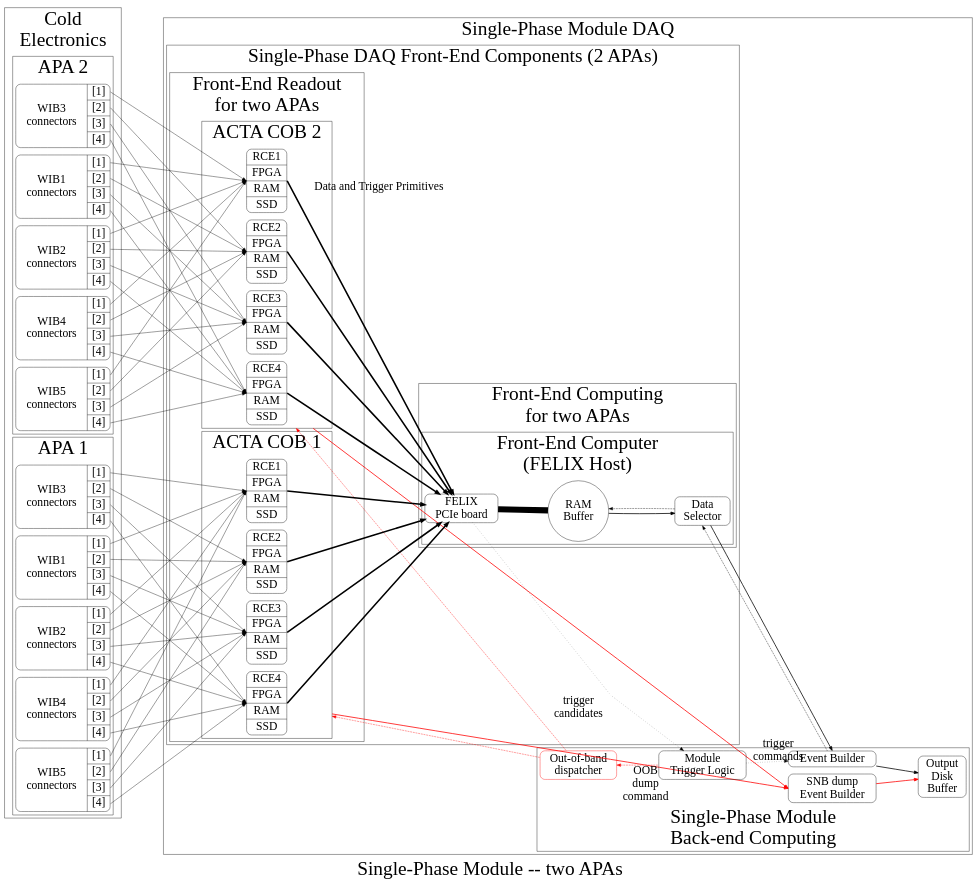
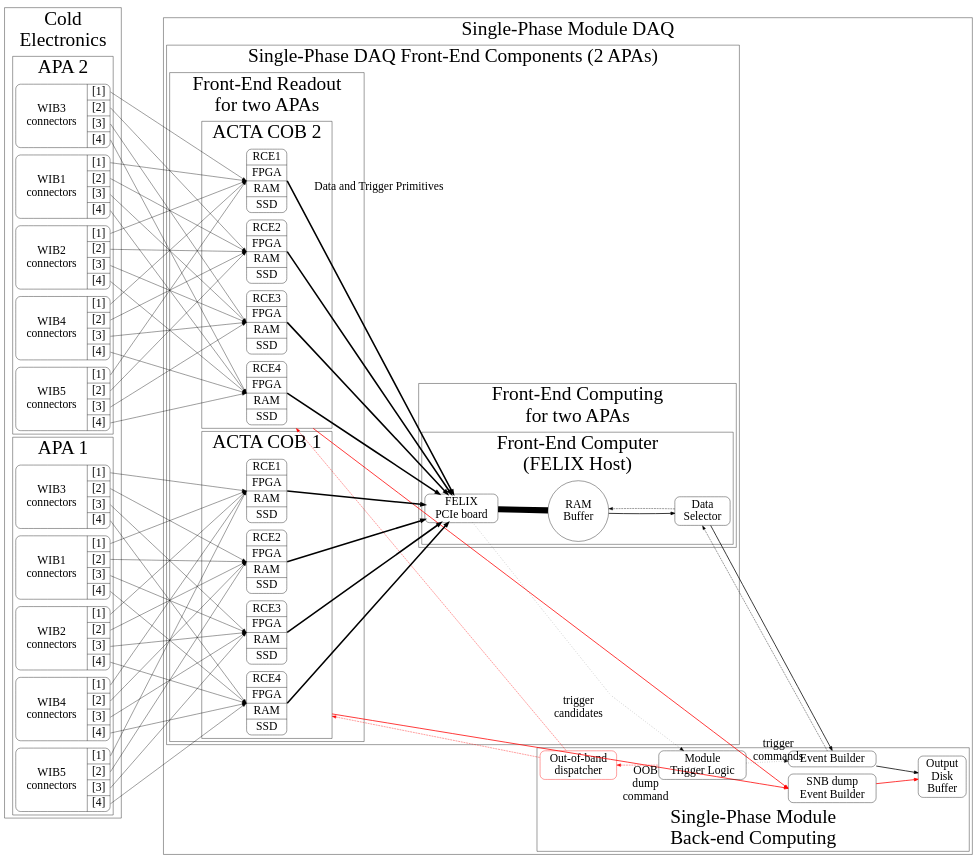
The diagram in far-detector-single-phase/figures/daq-readout-buffering-baseline.dot (DUNE/Technical-Proposal), drawn with Graphviz before and after one commit. The commit also changed 3 other files, not shown here.

Commit message:
Remove graph labels.

```diff
--- a/far-detector-single-phase/figures/daq-readout-buffering-baseline.dot
+++ b/far-detector-single-phase/figures/daq-readout-buffering-baseline.dot
@@ -1,169 +1,169 @@
 digraph top {
         graph[compound=true,ordering=out,splines=false,layout=dot,rankdir=LR,fontsize=50,ranksep=1.5];
         node[shape=box,style="rounded",fontsize=30];
         edge[fontsize=30];
         
-        label="Single-Phase Module -- two APAs";
+//        label="Single-Phase Module -- two APAs";
         
         subgraph cluster_wibs {
                 label="Cold\nElectronics";
                 subgraph cluster_apa2 {
                         label="APA 2";
                         node[shape=record];
                         wib21[label="{WIB1\nconnectors|{<c1>[1]|<c2>[2]|<c3>[3]|<c4>[4]}}"];
                         wib22[label="{WIB2\nconnectors|{<c1>[1]|<c2>[2]|<c3>[3]|<c4>[4]}}"];
                         wib23[label="{WIB3\nconnectors|{<c1>[1]|<c2>[2]|<c3>[3]|<c4>[4]}}"];
                         wib24[label="{WIB4\nconnectors|{<c1>[1]|<c2>[2]|<c3>[3]|<c4>[4]}}"];
                         wib25[label="{WIB5\nconnectors|{<c1>[1]|<c2>[2]|<c3>[3]|<c4>[4]}}"];
                 }
                 subgraph cluster_apa1 {
                         label="APA 1";
                         node[shape=record];
                         wib11[label="{WIB1\nconnectors|{<c1>[1]|<c2>[2]|<c3>[3]|<c4>[4]}}"];
                         wib12[label="{WIB2\nconnectors|{<c1>[1]|<c2>[2]|<c3>[3]|<c4>[4]}}"];
                         wib13[label="{WIB3\nconnectors|{<c1>[1]|<c2>[2]|<c3>[3]|<c4>[4]}}"];
                         wib14[label="{WIB4\nconnectors|{<c1>[1]|<c2>[2]|<c3>[3]|<c4>[4]}}"];
                         wib15[label="{WIB5\nconnectors|{<c1>[1]|<c2>[2]|<c3>[3]|<c4>[4]}}"];
                 }
         }
         subgraph cluster_sp{
                 label="Single-Phase Module DAQ";
                 
                 subgraph cluster_daqsp{
                         label="Single-Phase DAQ Front-End Components (2 APAs)"
                         subgraph cluster_ferohw{
                                 label="Front-End Readout\nfor two APAs";
                                 subgraph cluster_rces2 {
                                         label="ACTA COB 2";
                                         node[shape=record];
                                         rce21[label="{{RCE1|FPGA|RAM|SSD}}"];
                                         rce22[label="{{RCE2|FPGA|RAM|SSD}}"];
                                         rce23[label="{{RCE3|FPGA|RAM|SSD}}"];
                                         rce24[label="{{RCE4|FPGA|RAM|SSD}}"];
                                 }
                                 subgraph cluster_rces1 {
                                         label="ACTA COB 1";
                                         node[shape=record];
                                         rce11[label="{{RCE1|FPGA|RAM|SSD}}"];
                                         rce12[label="{{RCE2|FPGA|RAM|SSD}}"];
                                         rce13[label="{{RCE3|FPGA|RAM|SSD}}"];
                                         rce14[label="{{RCE4|FPGA|RAM|SSD}}"];
                                 }
                         }
                         subgraph cluster_fecomp{
                                 label="Front-End Computing\nfor two APAs";
                                 subgraph cluster_felixpc {
                                         label="Front-End Computer\n(FELIX Host)";
                                         felix[label="FELIX\nPCIe board"];
                                         ring[shape=circle,label="RAM\nBuffer"];
                                         selector[label="Data\nSelector"];
                                         
                                 }
                         }
                 }
                 subgraph cluster_daqblob {
                         label="Single-Phase Module\nBack-end Computing";
                         labelloc=bottom;
                         
                         eb[label="Event Builder"];
                         oob[label="Out-of-band\ndispatcher",color=red];
                         mtl[label="Module\nTrigger Logic"];
                         disk[label="Output\nDisk\nBuffer"];
                         snbeb[label="SNB dump\nEvent Builder"];
                 }
         }
         wib11:c1->rce11:w;
         wib11:c2->rce12:w;
         wib11:c3->rce13:w;
         wib11:c4->rce14:w;
 
         wib12:c1->rce11:w;
         wib12:c2->rce12:w;
         wib12:c3->rce13:w;
         wib12:c4->rce14:w;
 
         wib13:c1->rce11:w;
         wib13:c2->rce12:w;
         wib13:c3->rce13:w;
         wib13:c4->rce14:w;
 
         wib14:c1->rce11:w;
         wib14:c2->rce12:w;
         wib14:c3->rce13:w;
         wib14:c4->rce14:w;
 
         wib15:c1->rce11:w;
         wib15:c2->rce12:w;
         wib15:c3->rce13:w;
         wib15:c4->rce14:w;
         
         wib21:c1->rce21:w;
         wib21:c2->rce22:w;
         wib21:c3->rce23:w;
         wib21:c4->rce24:w;
 
         wib22:c1->rce21:w;
         wib22:c2->rce22:w;
         wib22:c3->rce23:w;
         wib22:c4->rce24:w;
 
         wib23:c1->rce21:w;
         wib23:c2->rce22:w;
         wib23:c3->rce23:w;
         wib23:c4->rce24:w;
 
         wib24:c1->rce21:w;
         wib24:c2->rce22:w;
         wib24:c3->rce23:w;
         wib24:c4->rce24:w;
 
         wib25:c1->rce21:w;
         wib25:c2->rce22:w;
         wib25:c3->rce23:w;
         wib25:c4->rce24:w;
         
         edge[penwidth=4];
 
         //[label="Data and Trigger Primitives\n2x 10 Gbps fibers / link"];
         rce11:e->felix;
         rce12:e->felix;
         rce13:e->felix;
         rce14:e->felix;
 
         rce21:e->felix[taillabel="   Data and Trigger Primitives"];
         rce22:e->felix;
         rce23:e->felix;
         rce24:e->felix;
         
         edge[penwidth=16,dir=none];
         felix->ring;
 
         edge[penwidth=2,dir=forward];
         ring->selector;
         selector->eb:n[constraint=false];
         eb->disk;
 
         edge[penwidth=2,dir=forward,color=red];
         rce14->snbeb:w[constraint=false,ltail=cluster_rces1];
         rce24->snbeb:w[constraint=false,ltail=cluster_rces2];
         snbeb->disk;
         
         
         edge[penwidth=1,style=dashed,color=black];
         selector:s->eb[dir=back];
         selector->ring;
         
 
         edge[penwidth=1,style=dotted];
         felix->mtl[label="trigger\ncandidates"];
         
         mtl->eb[taillabel="trigger\ncommands"];
 
 
         // Send trigger back to each rce
         edge[penwidth=1,style=dashed,color=red];
         oob->mtl[dir=back,taillabel="OOB\ndump\ncommand"];
         rce14->oob[dir=back,ltail=cluster_rces1];
         rce24->oob[dir=back,ltail=cluster_rces2];
         
 }
```
